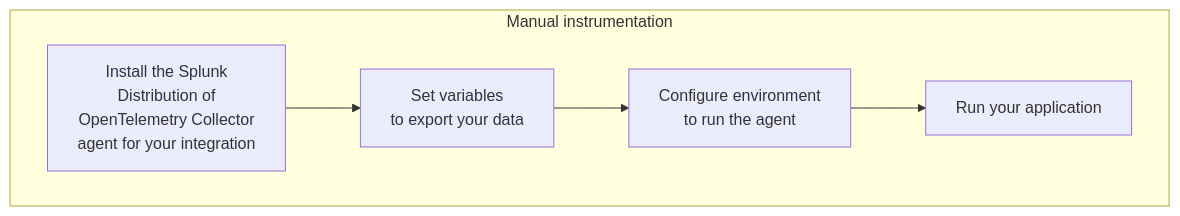
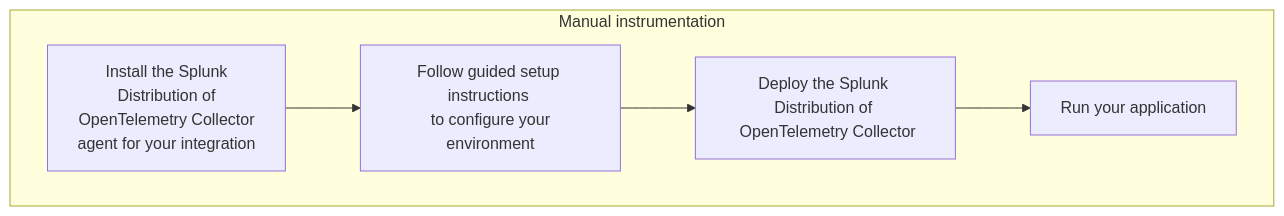
The first of 2 diagrams in gdi/opentelemetry/zero-config.rst (splunk/public-o11y-docs), drawn with Mermaid before and after one commit. The commit also changed other lines of this file, not shown here.

Commit message:
edits to zero config diagram

```diff
--- a/gdi/opentelemetry/zero-config.rst
+++ b/gdi/opentelemetry/zero-config.rst
@@ -23,15 +23,15 @@
 .. mermaid::
 
    flowchart TB
       subgraph "Manual instrumentation"
-      A[Install the Splunk \n Distribution of
-      OpenTelemetry Collector \n agent for your integration]
+      A["Install the Splunk \n Distribution of
+      OpenTelemetry Collector \n agent for your integration"]
 
-      B[Set variables \n to export your data]
+      B["Follow guided setup instructions \n to configure your environment"]
 
-      C[Configure environment \n to run the agent]
+      C["Deploy the Splunk Distribution of \n OpenTelemetry Collector"]
 
-      D[Run your application]
+      D["Run your application"]
 
       A --> B --> C --> D
       end
```
